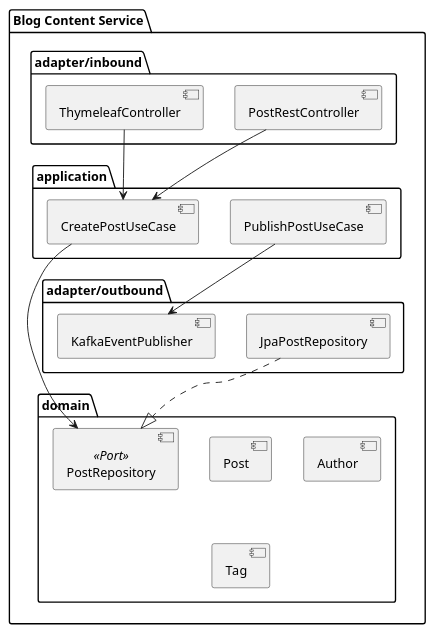
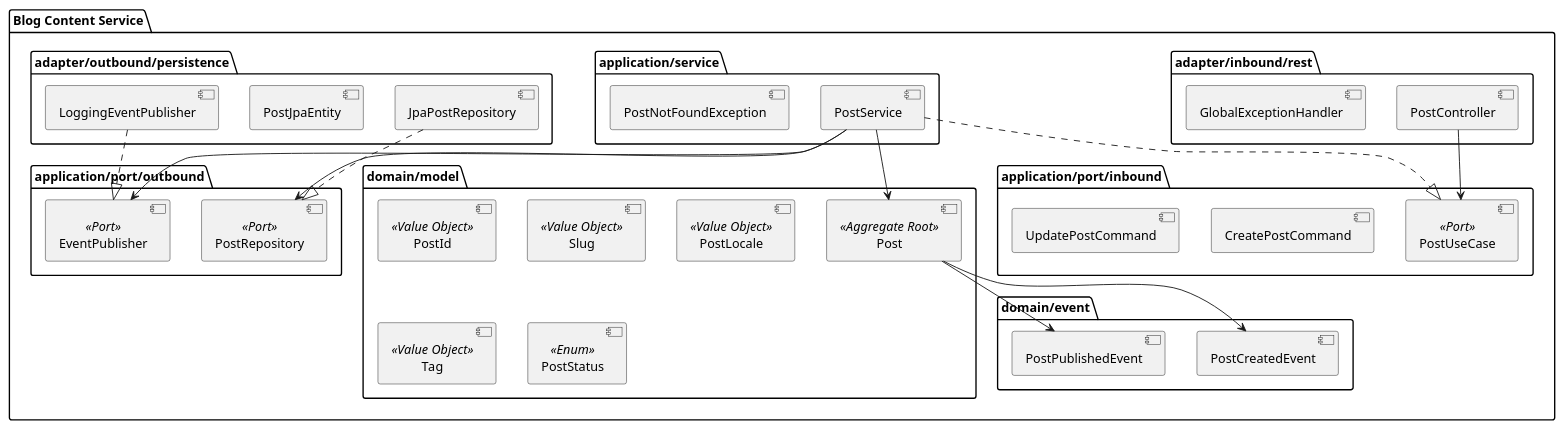
Before and after one commit to tomirgang/tomsblog: the diagram in docs/arc42/modules/ROOT/images/plantuml/building-blocks-l2.puml, drawn with PlantUML. The commit also changed 78 other files, not shown here.

```diff
--- a/docs/arc42/modules/ROOT/images/plantuml/building-blocks-l2.puml
+++ b/docs/arc42/modules/ROOT/images/plantuml/building-blocks-l2.puml
@@ -1,31 +1,54 @@
-@startuml building-blocks-l2
+@startuml
 package "Blog Content Service" {
-  package "domain" {
-    [Post]
-    [Author]
-    [Tag]
-    [PostRepository] <<Port>>
+  package "domain/model" {
+    [Post] <<Aggregate Root>>
+    [PostId] <<Value Object>>
+    [Slug] <<Value Object>>
+    [PostLocale] <<Value Object>>
+    [Tag] <<Value Object>>
+    [PostStatus] <<Enum>>
   }
 
-  package "application" {
-    [CreatePostUseCase]
-    [PublishPostUseCase]
+  package "domain/event" {
+    [PostCreatedEvent]
+    [PostPublishedEvent]
   }
 
-  package "adapter/inbound" {
-    [PostRestController]
-    [ThymeleafController]
+  package "application/port/inbound" {
+    [PostUseCase] <<Port>>
+    [CreatePostCommand]
+    [UpdatePostCommand]
   }
 
-  package "adapter/outbound" {
+  package "application/port/outbound" {
+    [PostRepository] <<Port>>
+    [EventPublisher] <<Port>>
+  }
+
+  package "application/service" {
+    [PostService]
+    [PostNotFoundException]
+  }
+
+  package "adapter/inbound/rest" {
+    [PostController]
+    [GlobalExceptionHandler]
+  }
+
+  package "adapter/outbound/persistence" {
     [JpaPostRepository]
-    [KafkaEventPublisher]
+    [PostJpaEntity]
+    [LoggingEventPublisher]
   }
 }
 
-[PostRestController] --> [CreatePostUseCase]
-[ThymeleafController] --> [CreatePostUseCase]
-[CreatePostUseCase] --> [PostRepository]
+[PostController] --> [PostUseCase]
+[PostService] ..|> [PostUseCase]
+[PostService] --> [PostRepository]
+[PostService] --> [EventPublisher]
+[PostService] --> [Post]
 [JpaPostRepository] ..|> [PostRepository]
-[PublishPostUseCase] --> [KafkaEventPublisher]
+[LoggingEventPublisher] ..|> [EventPublisher]
+[Post] --> [PostCreatedEvent]
+[Post] --> [PostPublishedEvent]
 @enduml
```
